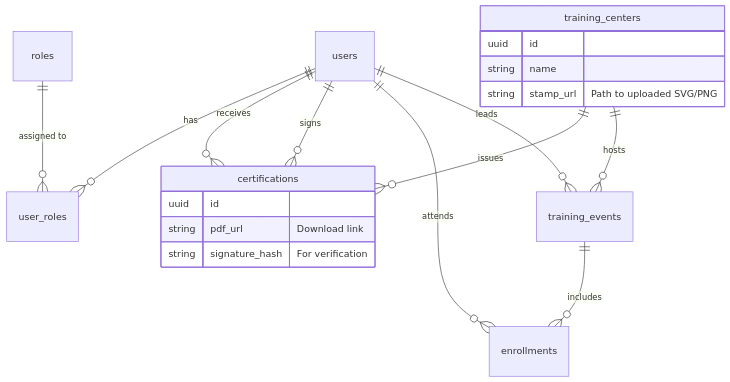
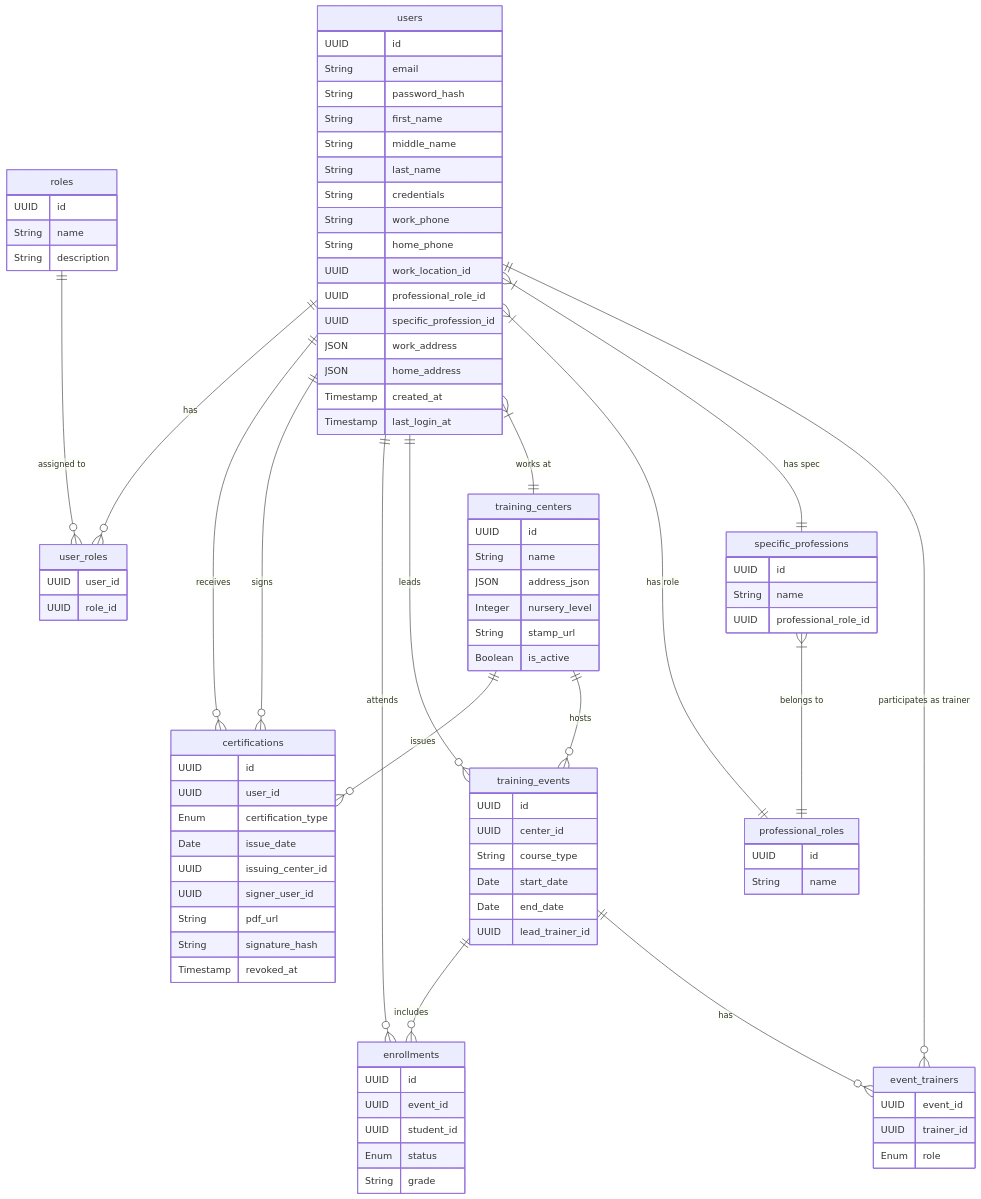
One commit to ctrlln/bignap changed the diagram in docs/proposed_database_structure.md. Above: the diagram before and after it, drawn with Mermaid. The commit also changed other lines of this file and 44 other files, not shown here.

````diff
--- a/docs/proposed_database_structure.md
+++ b/docs/proposed_database_structure.md
@@ -101,5 +118,7 @@
 ```mermaid
 erDiagram
+    %% Schema with restored types (required for valid Mermaid syntax)
+
     users ||--o{ user_roles : has
     roles ||--o{ user_roles : "assigned to"
     
@@ -113,15 +132,96 @@
     training_centers ||--o{ training_events : "hosts"
     users ||--o{ training_events : "leads"
 
+    users }|--|| training_centers : "works at"
+    users }|--|| professional_roles : "has role"
+    users }|--|| specific_professions : "has spec"
+    specific_professions }|--|| professional_roles : "belongs to"
+
+    training_events ||--o{ event_trainers : "has"
+    users ||--o{ event_trainers : "participates as trainer"
+
+    users {
+        UUID id
+        String email
+        String password_hash
+        String first_name
+        String middle_name
+        String last_name
+        String credentials
+        String work_phone
+        String home_phone
+        UUID work_location_id
+        UUID professional_role_id
+        UUID specific_profession_id
+        JSON work_address
+        JSON home_address
+        Timestamp created_at
+        Timestamp last_login_at
+    }
+
+    roles {
+        UUID id
+        String name
+        String description
+    }
+
+    user_roles {
+        UUID user_id
+        UUID role_id
+    }
+
+    professional_roles {
+        UUID id
+        String name
+    }
+
+    specific_professions {
+        UUID id
+        String name
+        UUID professional_role_id
+    }
+
     training_centers {
-        uuid id
-        string name
-        string stamp_url "Path to uploaded SVG/PNG"
+        UUID id
+        String name
+        JSON address_json
+        Integer nursery_level
+        String stamp_url
+        Boolean is_active
+    }
+
+    training_events {
+        UUID id
+        UUID center_id
+        String course_type
+        Date start_date
+        Date end_date
+        UUID lead_trainer_id
+    }
+
+    event_trainers {
+        UUID event_id
+        UUID trainer_id
+        Enum role
+    }
+
+    enrollments {
+        UUID id
+        UUID event_id
+        UUID student_id
+        Enum status
+        String grade
     }
 
     certifications {
-        uuid id
-        string pdf_url "Download link"
-        string signature_hash "For verification"
+        UUID id
+        UUID user_id
+        Enum certification_type
+        Date issue_date
+        UUID issuing_center_id
+        UUID signer_user_id
+        String pdf_url
+        String signature_hash
+        Timestamp revoked_at
     }
 ```
````
